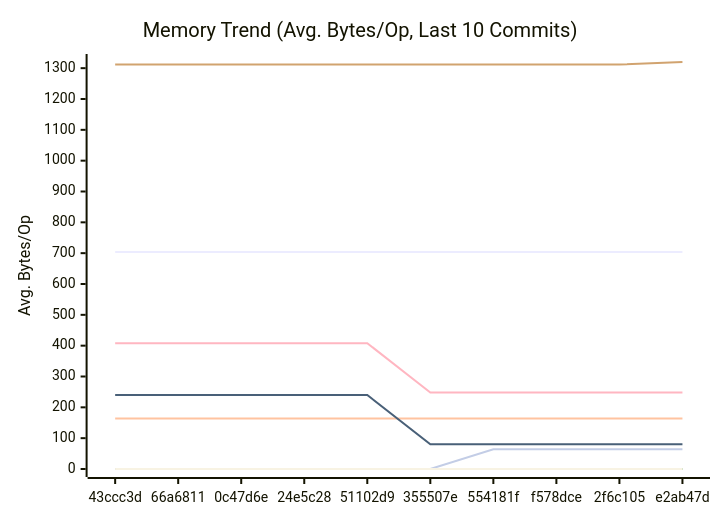
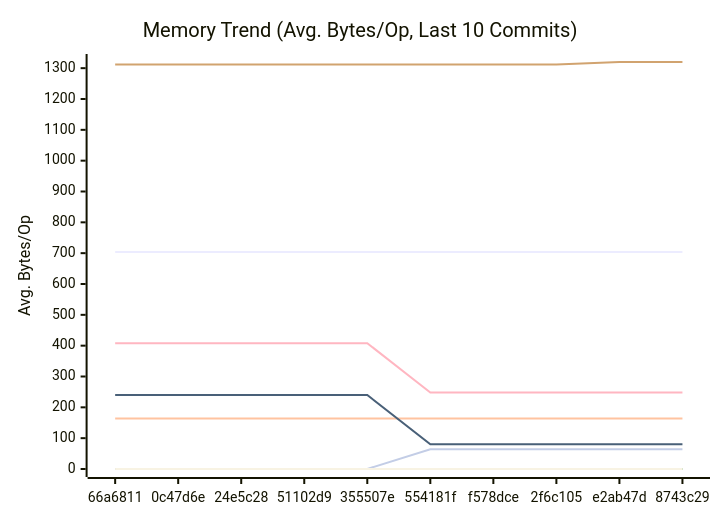
Before and after one commit to alsotoes/momo: the second of 3 diagrams in docs/PERFORMANCE.md, drawn with Mermaid. The commit also changed other lines of this file and 2 other files, not shown here.

````diff
--- a/docs/PERFORMANCE.md
+++ b/docs/PERFORMANCE.md
@@ -154,18 +152,18 @@
 ```mermaid
 xychart-beta
     title "Memory Trend (Avg. Bytes/Op, Last 10 Commits)"
     x-axis "Commit"
     y-axis "Avg. Bytes/Op"
-    x-axis [43ccc3d,66a6811,0c47d6e,24e5c28,51102d9,355507e,554181f,f578dce,2f6c105,e2ab47d]
+    x-axis [66a6811,0c47d6e,24e5c28,51102d9,355507e,554181f,f578dce,2f6c105,e2ab47d,8743c29]
     line "CheckMetricsAndSwap" [0,0,0,0,0,0,0,0,0,0]
     line "CrushOptimized" [0,0,0,0,0,0,0,0,0,0]
     line "CrushOriginal" [164,164,164,164,164,164,164,164,164,164]
     line "IndexDirectTracking" [0,0,0,0,0,0,0,0,0,0]
     line "IndexSearch" [0,0,0,0,0,0,0,0,0,0]
-    line "LoadGlobalConfig" [1312,1312,1312,1312,1312,1312,1312,1312,1312,1320]
-    line "PadString" [0,0,0,0,0,0,64,64,64,64]
+    line "LoadGlobalConfig" [1312,1312,1312,1312,1312,1312,1312,1312,1320,1320]
+    line "PadString" [0,0,0,0,0,64,64,64,64,64]
     line "ParseReplicationOrder_NoPrealloc" [408,408,408,408,408,248,248,248,248,248]
     line "ParseReplicationOrder_Prealloc" [240,240,240,240,240,80,80,80,80,80]
     line "SanitizeLog/Safe" [0,0,0,0,0,0,0,0,0,0]
     line "SanitizeLog/Unsafe" [704,704,704,704,704,704,704,704,704,704]
 ```
````
